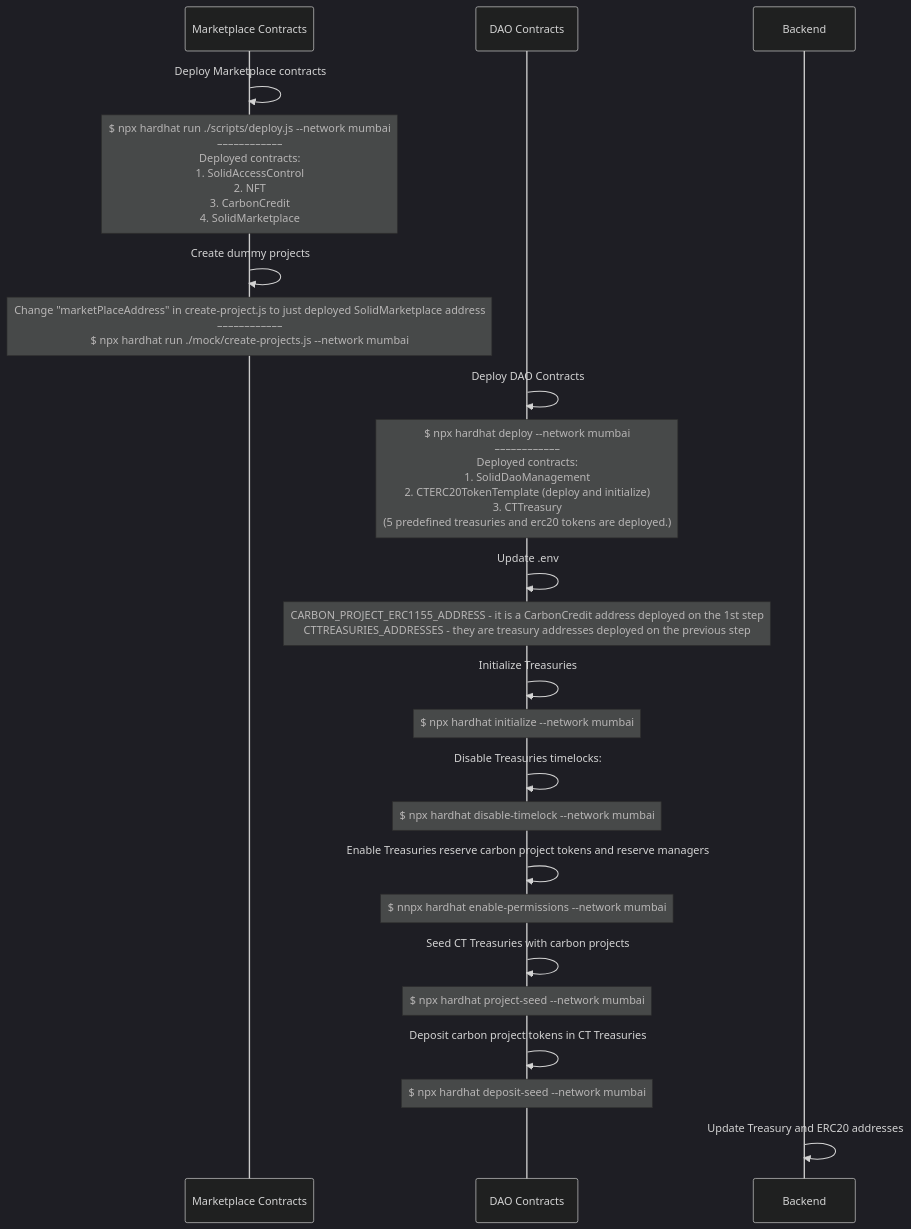
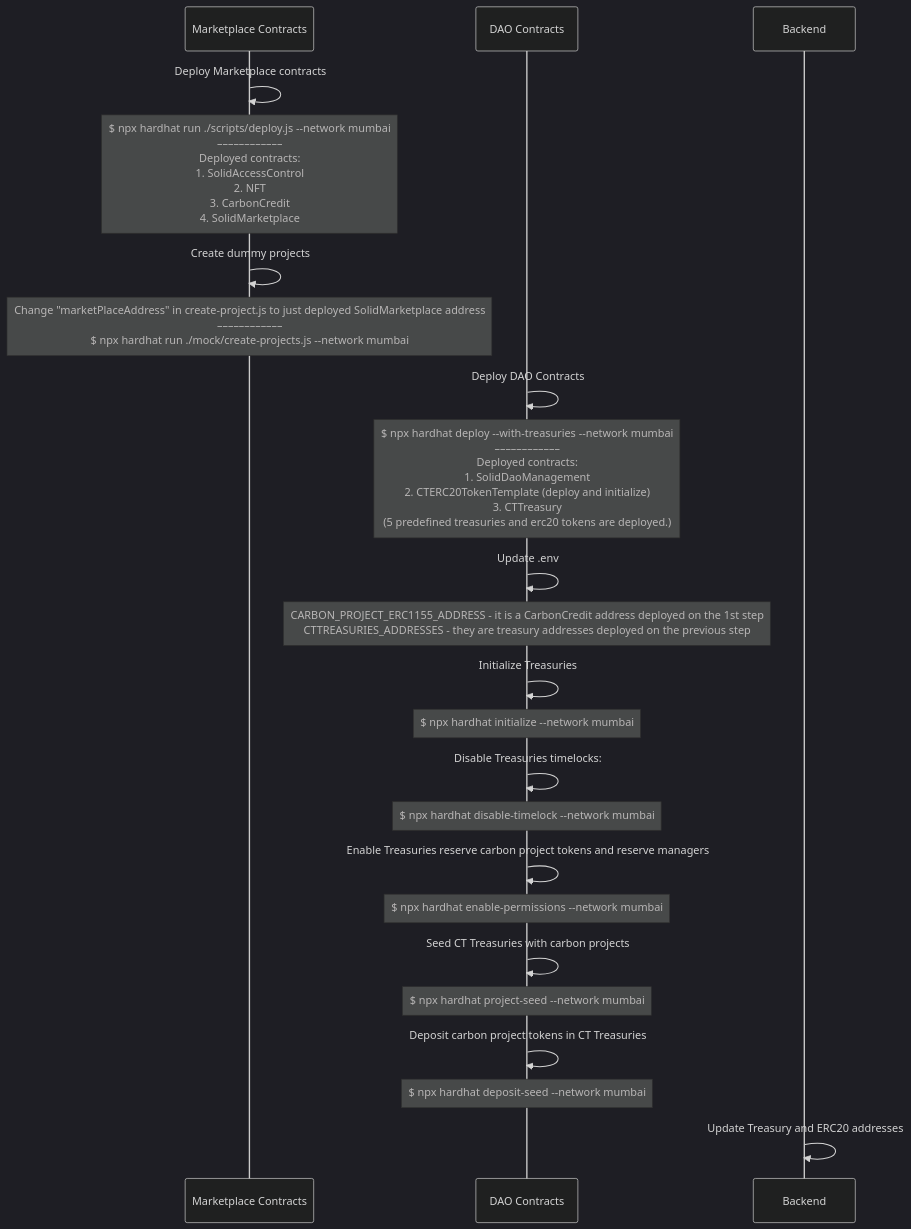
The diagram in docs/mumbai-deployment-flow.md (solid-world/solid-world-dao-contracts), drawn with Mermaid (dark theme) before and after one commit.

````diff
--- a/docs/mumbai-deployment-flow.md
+++ b/docs/mumbai-deployment-flow.md
@@ -1,25 +1,25 @@
 ```mermaid
 sequenceDiagram
     participant market as Marketplace Contracts
     participant dao as DAO Contracts
     participant Backend
     market->>market: Deploy Marketplace contracts
     Note over market: $ npx hardhat run ./scripts/deploy.js --network mumbai <br>––––––––––––<br>Deployed contracts: <br>1. SolidAccessControl <br>2. NFT <br>3. CarbonCredit <br>4. SolidMarketplace
     market->>market: Create dummy projects
     Note over market: Change "marketPlaceAddress" in create-project.js to just deployed SolidMarketplace address<br>––––––––––––<br>$ npx hardhat run ./mock/create-projects.js  --network mumbai
     dao->>dao: Deploy DAO Contracts
-    Note over dao: $ npx hardhat deploy --network mumbai <br>––––––––––––<br>Deployed contracts: <br>1. SolidDaoManagement<br> 2. CTERC20TokenTemplate (deploy and initialize)<br> 3. CTTreasury<br> (5 predefined treasuries and erc20 tokens are deployed.)
+    Note over dao: $ npx hardhat deploy --with-treasuries --network mumbai <br>––––––––––––<br>Deployed contracts: <br>1. SolidDaoManagement<br> 2. CTERC20TokenTemplate (deploy and initialize)<br> 3. CTTreasury<br> (5 predefined treasuries and erc20 tokens are deployed.)
     dao->>dao: Update .env
     Note over dao: CARBON_PROJECT_ERC1155_ADDRESS - it is a CarbonCredit address deployed on the 1st step<br>CTTREASURIES_ADDRESSES - they are treasury addresses deployed on the previous step
     dao->>dao: Initialize Treasuries
     Note over dao: $ npx hardhat initialize --network mumbai
     dao->>dao: Disable Treasuries timelocks:
     Note over dao: $ npx hardhat disable-timelock --network mumbai
     dao->>dao: Enable Treasuries reserve carbon project tokens and reserve managers
-    Note over dao: $ nnpx hardhat enable-permissions --network mumbai
+    Note over dao: $ npx hardhat enable-permissions --network mumbai
     dao->>dao: Seed CT Treasuries with carbon projects
     Note over dao: $ npx hardhat project-seed --network mumbai
     dao->>dao: Deposit carbon project tokens in CT Treasuries
     Note over dao: $ npx hardhat deposit-seed --network mumbai
     Backend->>Backend: Update Treasury and ERC20 addresses
 ```
````
